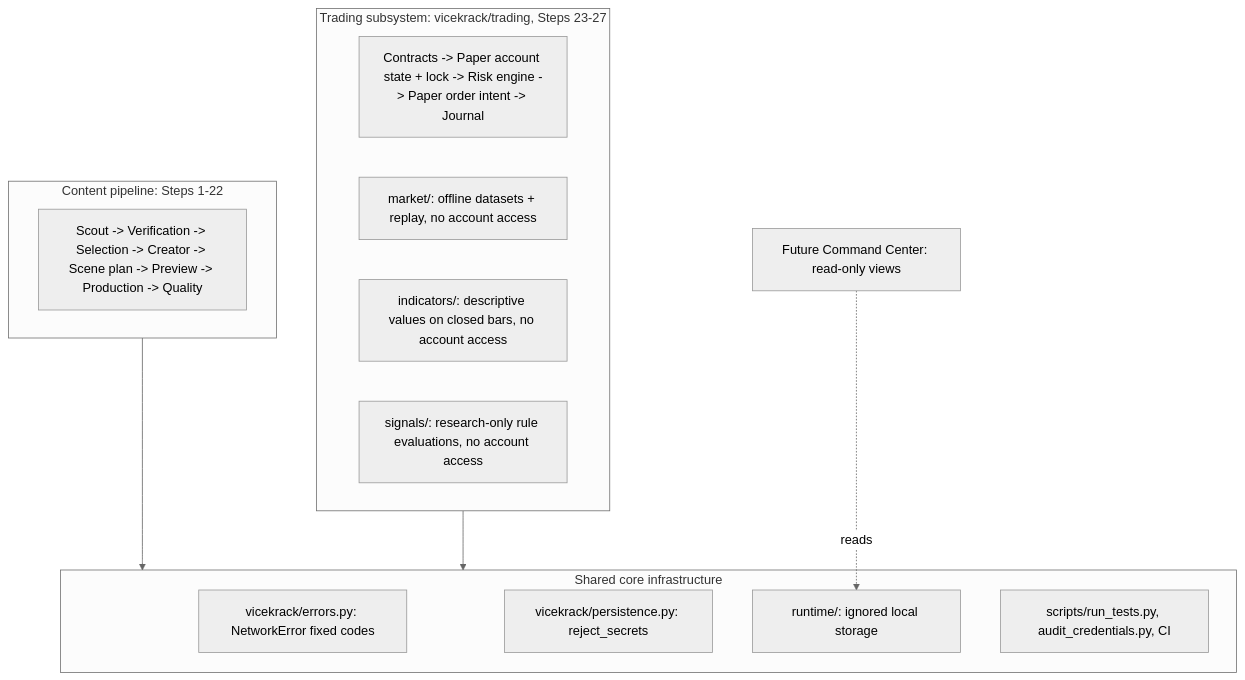
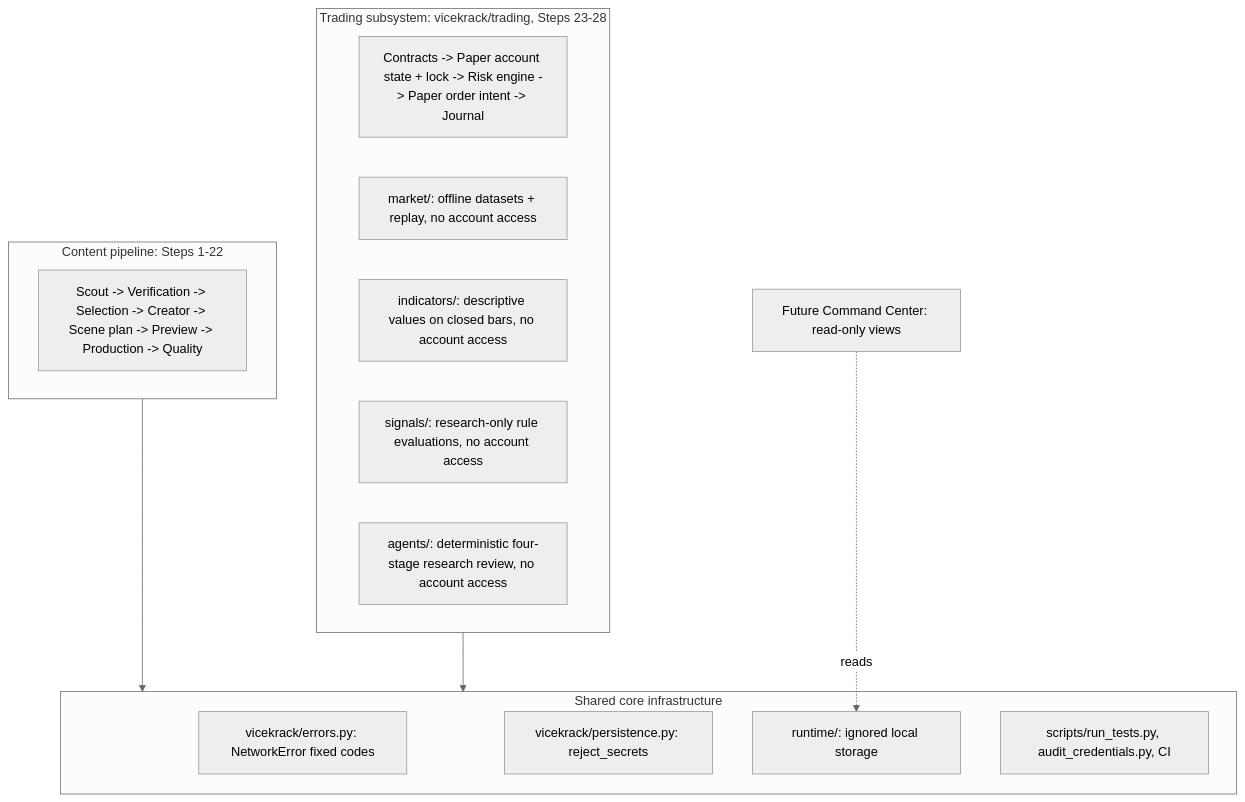
Before and after one commit to richburtonjr-pixel/-Vicekrack-agent-network: the diagram in docs/subsystems.md, drawn with Mermaid (neutral theme). The commit also changed other lines of this file and 20 other files, not shown here.

````diff
--- a/docs/subsystems.md
+++ b/docs/subsystems.md
@@ -6,22 +6,23 @@
 ```mermaid
 flowchart TB
     subgraph Core[Shared core infrastructure]
         E[vicekrack/errors.py: NetworkError fixed codes]
         P[vicekrack/persistence.py: reject_secrets]
         R[runtime/: ignored local storage]
         CI[scripts/run_tests.py, audit_credentials.py, CI]
     end
     subgraph Content[Content pipeline: Steps 1-22]
         C1[Scout -> Verification -> Selection -> Creator -> Scene plan -> Preview -> Production -> Quality]
     end
-    subgraph Trading[Trading subsystem: vicekrack/trading, Steps 23-27]
+    subgraph Trading[Trading subsystem: vicekrack/trading, Steps 23-28]
         T1[Contracts -> Paper account state + lock -> Risk engine -> Paper order intent -> Journal]
         T2[market/: offline datasets + replay, no account access]
         T3[indicators/: descriptive values on closed bars, no account access]
         T4[signals/: research-only rule evaluations, no account access]
+        T5[agents/: deterministic four-stage research review, no account access]
     end
     CC[Future Command Center: read-only views]
     Content --> Core
     Trading --> Core
     CC -. reads .-> R
 ```
````
